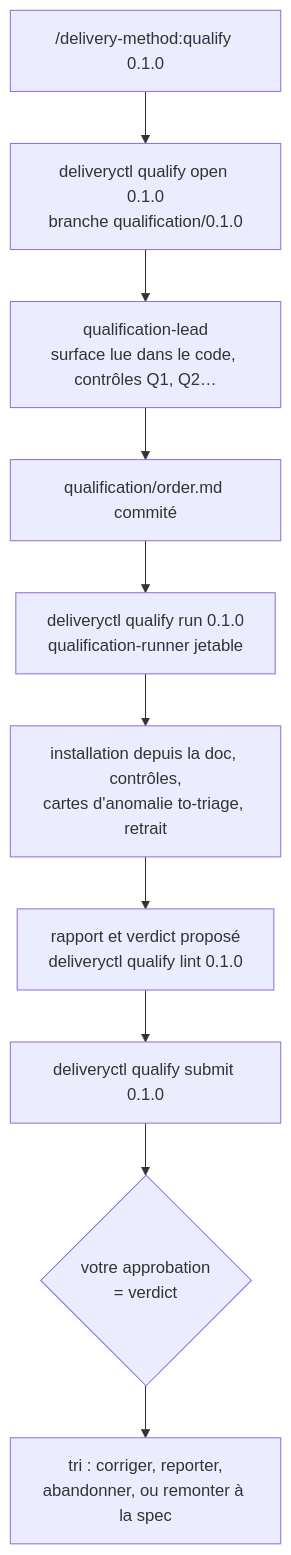
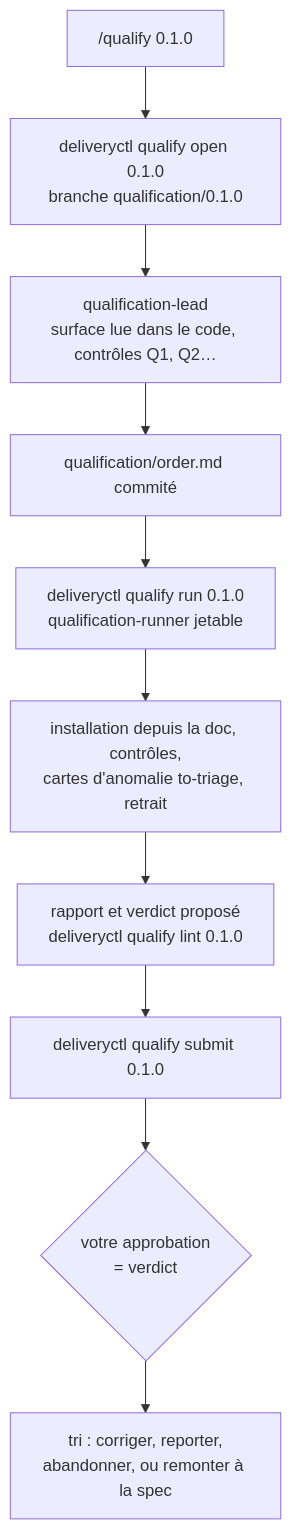
One commit to peugene/delivery-method changed the fifth of 6 diagrams in docs/guide.md. Above: the diagram before and after it, drawn with Mermaid. The commit also changed other lines of this file and 15 other files, not shown here.

````diff
--- a/docs/guide.md
+++ b/docs/guide.md
@@ -244,12 +244,12 @@
 ```mermaid
 flowchart TD
-    Q["/delivery-method:qualify 0.1.0"] --> O["deliveryctl qualify open 0.1.0<br/>branche qualification/0.1.0"]
+    Q["/qualify 0.1.0"] --> O["deliveryctl qualify open 0.1.0<br/>branche qualification/0.1.0"]
     O --> P["qualification-lead<br/>surface lue dans le code, contrôles Q1, Q2…"]
     P --> OR["qualification/order.md commité"]
     OR --> RUN["deliveryctl qualify run 0.1.0<br/>qualification-runner jetable"]
     RUN --> X["installation depuis la doc, contrôles,<br/>cartes d'anomalie to-triage, retrait"]
     X --> REP["rapport et verdict proposé<br/>deliveryctl qualify lint 0.1.0"]
     REP --> SUB["deliveryctl qualify submit 0.1.0"]
     SUB --> V{"votre approbation<br/>= verdict"}
     V --> TRI["tri : corriger, reporter,<br/>abandonner, ou remonter à la spec"]
 ```
````
